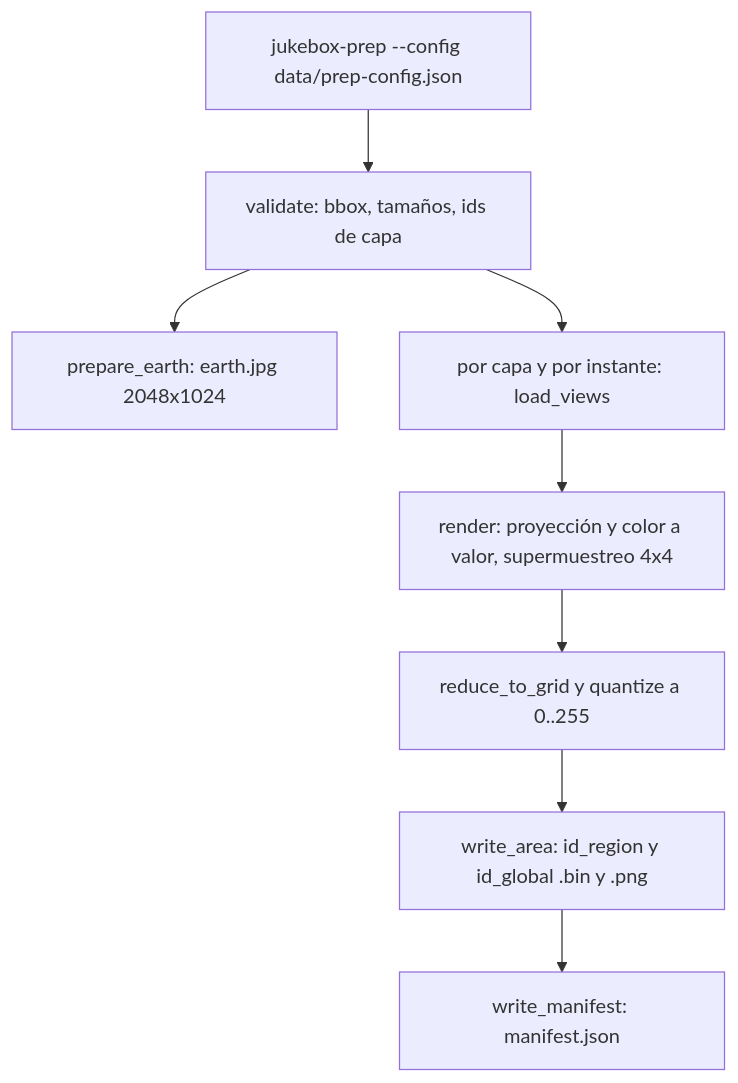
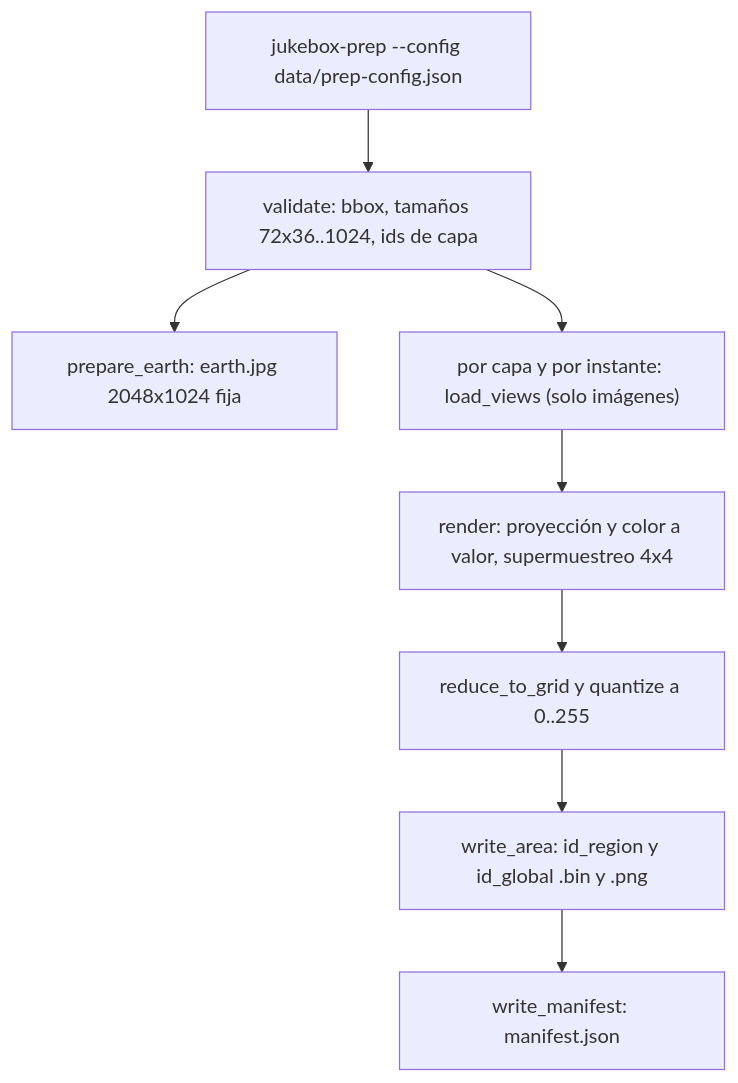
One commit to AndresNavarrom/Nasa-Challenge changed the fifth of 5 diagrams in aidlc/spaces/default/codekb/Nasa-Challenge/architecture.md. Above: the diagram before and after it, drawn with Mermaid. The commit also changed other lines of this file and 8 other files, not shown here.

````diff
--- a/aidlc/spaces/default/codekb/Nasa-Challenge/architecture.md
+++ b/aidlc/spaces/default/codekb/Nasa-Challenge/architecture.md
@@ -100,10 +130,10 @@
 ```mermaid
 flowchart TD
-  A["jukebox-prep --config data/prep-config.json"] --> B["validate: bbox, tamaños, ids de capa"]
-  B --> C["prepare_earth: earth.jpg 2048x1024"]
-  B --> D["por capa y por instante: load_views"]
+  A["jukebox-prep --config data/prep-config.json"] --> B["validate: bbox, tamaños 72x36..1024, ids de capa"]
+  B --> C["prepare_earth: earth.jpg 2048x1024 fija"]
+  B --> D["por capa y por instante: load_views (solo imágenes)"]
   D --> E["render: proyección y color a valor, supermuestreo 4x4"]
   E --> F["reduce_to_grid y quantize a 0..255"]
   F --> G["write_area: id_region y id_global .bin y .png"]
   G --> H["write_manifest: manifest.json"]
 ```
````
